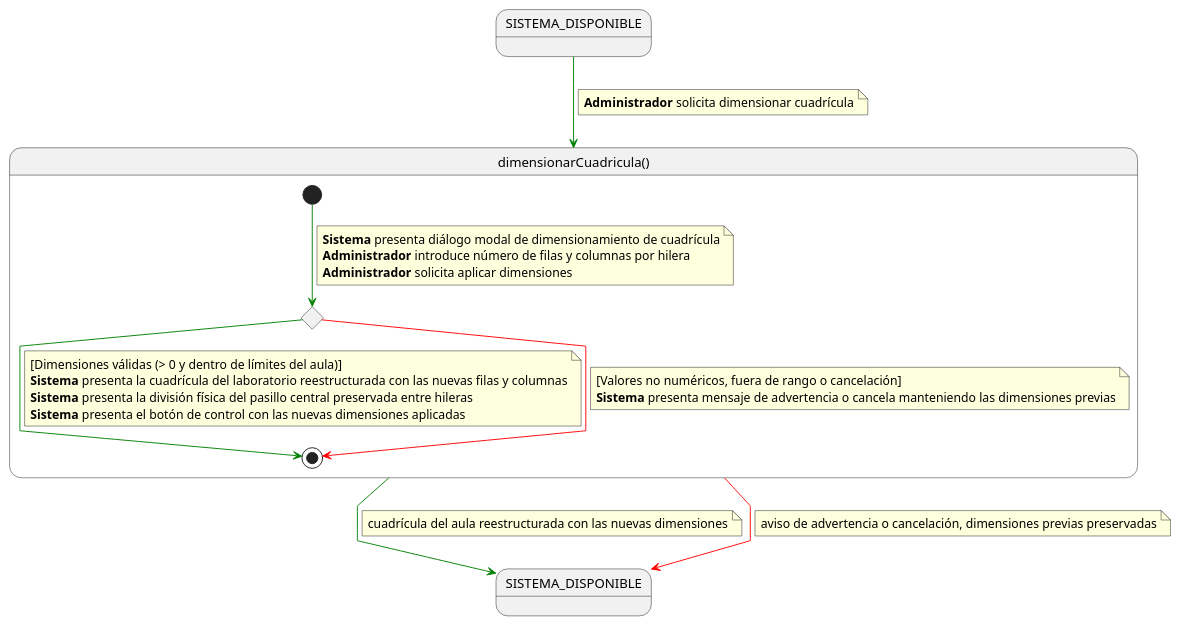
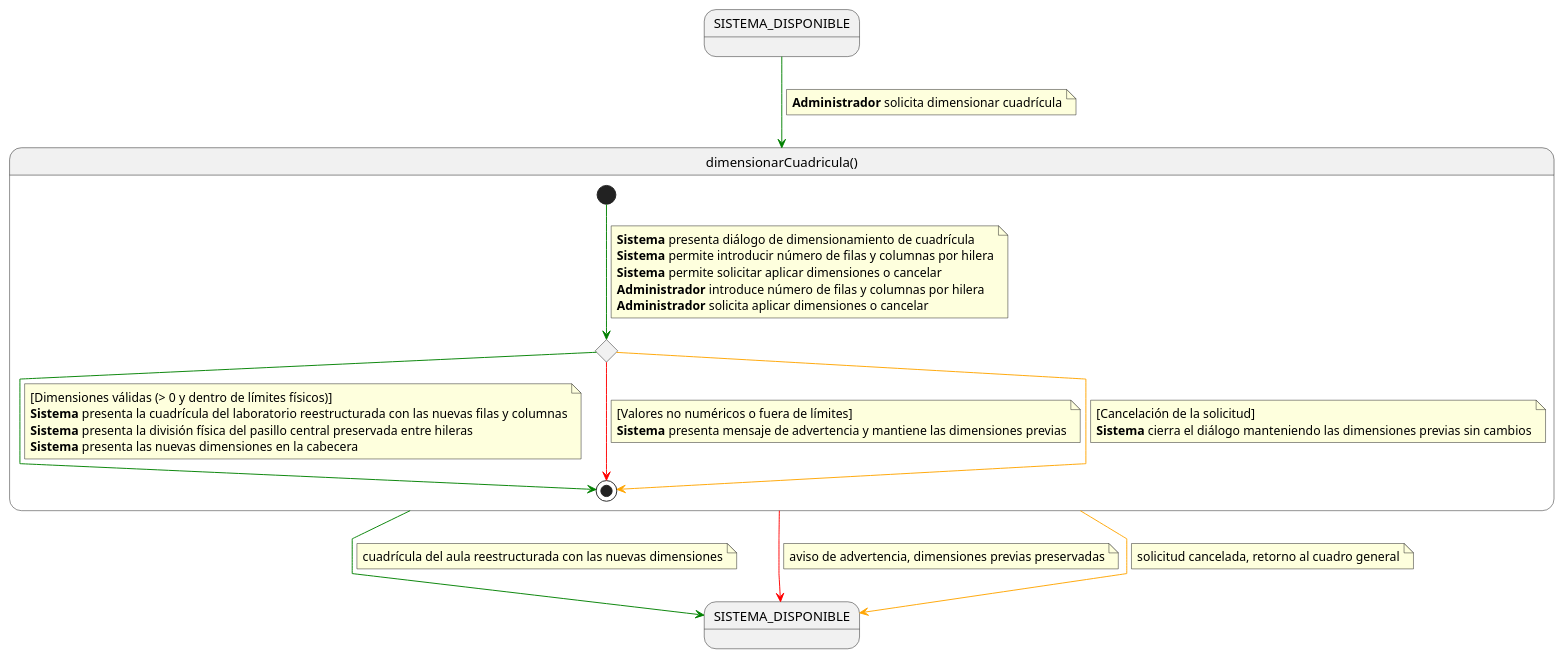
Before and after one commit to Carlos-Lima2510/mesh-panel: the diagram in RUP/01-requisitos/01-detalle-casos-uso/dimensionarCuadricula/especificacion.puml, drawn with PlantUML. The commit also changed 22 other files, not shown here.

First line of the commit message:
feat: Add scripts for PlantUML compilation and graph synchronization

```diff
--- a/RUP/01-requisitos/01-detalle-casos-uso/dimensionarCuadricula/especificacion.puml
+++ b/RUP/01-requisitos/01-detalle-casos-uso/dimensionarCuadricula/especificacion.puml
@@ -1,49 +1,62 @@
 @startuml especificacion
 
 skinparam linetype polyline
 
 state SISTEMA_DISPONIBLE
 state SISTEMA_DISPONIBLE_SALIDA as "SISTEMA_DISPONIBLE"
 
 SISTEMA_DISPONIBLE -[#green]-> dimensionarCuadricula
 note on link
 <b>Administrador</b> solicita dimensionar cuadrícula
 end note
 
 state dimensionarCuadricula as "dimensionarCuadricula()" {
 
     state c <<choice>>
 
     [*] -[#green]-> c
     note on link
-    <b>Sistema</b> presenta diálogo modal de dimensionamiento de cuadrícula
+    <b>Sistema</b> presenta diálogo de dimensionamiento de cuadrícula
+    <b>Sistema</b> permite introducir número de filas y columnas por hilera
+    <b>Sistema</b> permite solicitar aplicar dimensiones o cancelar
     <b>Administrador</b> introduce número de filas y columnas por hilera
-    <b>Administrador</b> solicita aplicar dimensiones
+    <b>Administrador</b> solicita aplicar dimensiones o cancelar
     end note
 
     c -[#green]-> [*]
     note on link
-    [Dimensiones válidas (> 0 y dentro de límites del aula)]
+    [Dimensiones válidas (> 0 y dentro de límites físicos)]
     <b>Sistema</b> presenta la cuadrícula del laboratorio reestructurada con las nuevas filas y columnas
     <b>Sistema</b> presenta la división física del pasillo central preservada entre hileras
-    <b>Sistema</b> presenta el botón de control con las nuevas dimensiones aplicadas
+    <b>Sistema</b> presenta las nuevas dimensiones en la cabecera
     end note
 
     c -[#red]-> [*]
     note on link
-    [Valores no numéricos, fuera de rango o cancelación]
-    <b>Sistema</b> presenta mensaje de advertencia o cancela manteniendo las dimensiones previas
+    [Valores no numéricos o fuera de límites]
+    <b>Sistema</b> presenta mensaje de advertencia y mantiene las dimensiones previas
+    end note
+
+    c -[#orange]-> [*]
+    note on link
+    [Cancelación de la solicitud]
+    <b>Sistema</b> cierra el diálogo manteniendo las dimensiones previas sin cambios
     end note
 }
 
 dimensionarCuadricula -[#green]-> SISTEMA_DISPONIBLE_SALIDA
 note on link
 cuadrícula del aula reestructurada con las nuevas dimensiones
 end note
 
 dimensionarCuadricula -[#red]-> SISTEMA_DISPONIBLE_SALIDA
 note on link
-aviso de advertencia o cancelación, dimensiones previas preservadas
+aviso de advertencia, dimensiones previas preservadas
+end note
+
+dimensionarCuadricula -[#orange]-> SISTEMA_DISPONIBLE_SALIDA
+note on link
+solicitud cancelada, retorno al cuadro general
 end note
 
 @enduml
```
